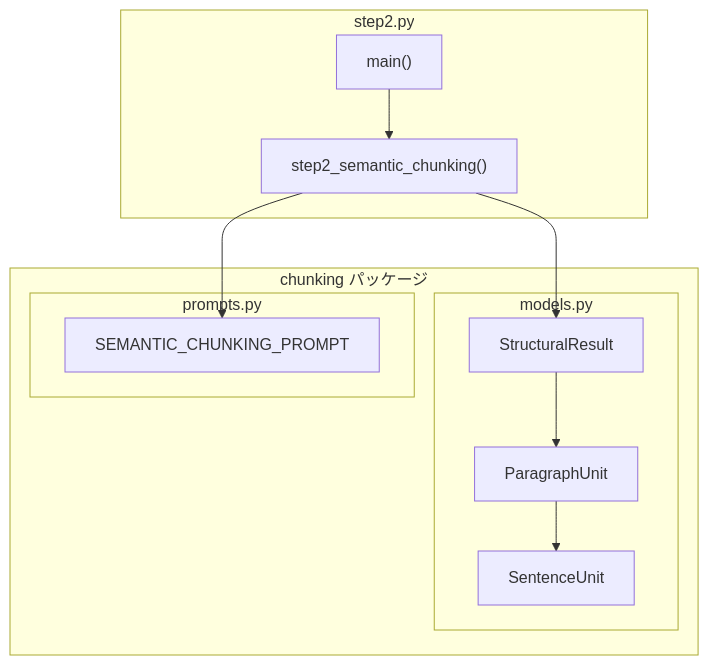
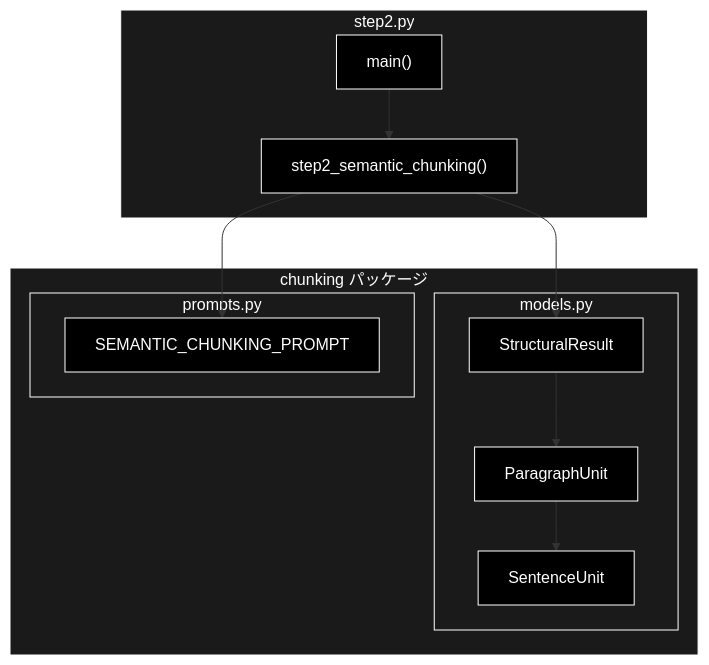
Before and after one commit to nakashima2toshio/ollama_grace_agent_v2: the fourth of 5 diagrams in chunking/doc/step2.md, drawn with Mermaid. The commit also changed other lines of this file and 13 other files, not shown here.

````diff
--- a/chunking/doc/step2.md
+++ b/chunking/doc/step2.md
@@ -177,24 +191,31 @@
 ```mermaid
 flowchart TB
     subgraph STEP2_PY["step2.py"]
         MAIN["main()"]
         CORE["step2_semantic_chunking()"]
     end
 
     subgraph CHUNKING["chunking パッケージ"]
         subgraph MODELS["models.py"]
             SR["StructuralResult"]
             PU["ParagraphUnit"]
             SU["SentenceUnit"]
         end
         subgraph PROMPTS["prompts.py"]
             SCP["SEMANTIC_CHUNKING_PROMPT"]
         end
     end
 
     MAIN --> CORE
     CORE --> SR
     CORE --> SCP
     SR --> PU
     PU --> SU
+classDef default fill:#000,stroke:#fff,color:#fff
+classDef subgraphStyle fill:#1a1a1a,stroke:#fff,color:#fff
+class MAIN,CORE,SR,PU,SU,SCP default
+style STEP2_PY fill:#1a1a1a,stroke:#fff,color:#fff
+style CHUNKING fill:#1a1a1a,stroke:#fff,color:#fff
+style MODELS fill:#1a1a1a,stroke:#fff,color:#fff
+style PROMPTS fill:#1a1a1a,stroke:#fff,color:#fff
 ```
````
